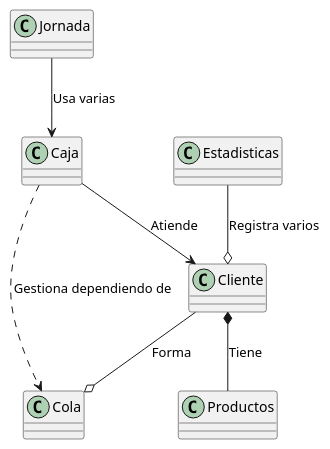
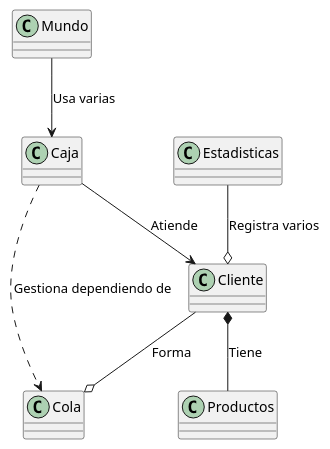
One commit to mmasias/24-25-IdSw2-SDD changed the diagram in modelosUML y svg/UML/diagramaClases.puml. Above: the diagram before and after it, drawn with PlantUML. The commit also changed 8 other files, not shown here.

```diff
--- a/modelosUML y svg/UML/diagramaClases.puml
+++ b/modelosUML y svg/UML/diagramaClases.puml
@@ -1,24 +1,24 @@
 @startuml
 
-class Jornada {
+class Mundo {
 }
 class Caja {
 }
 class Cola {
 }
 class Cliente {
 }
 class Productos {
 }
 class Estadisticas {
 }
 
 
-Jornada --> Caja : "Usa varias"
+Mundo --> Caja : "Usa varias"
 Caja --> Cliente : "Atiende"
 Cliente *-- Productos : "Tiene"
 Cliente --o Cola : "Forma"
 Caja ..> Cola : "Gestiona dependiendo de"
 Estadisticas --o Cliente : "Registra varios"
 
 @enduml
```
